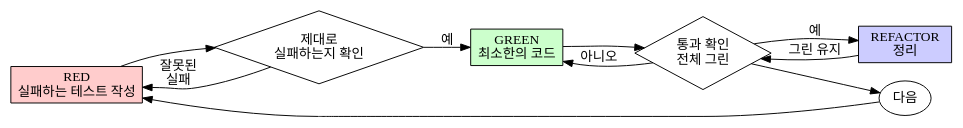
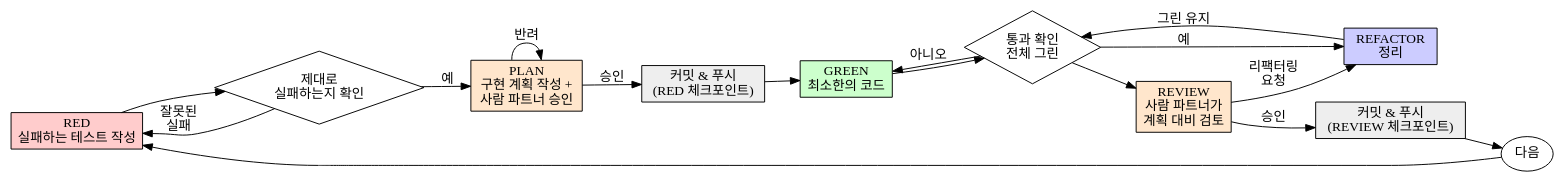
Before and after one commit to soyeongk/bowling-13050345: the diagram in .claude/skills/tdd-skill/SKILL.md, drawn with Graphviz. The commit also changed other lines of this file, not shown here.

First line of the commit message:
Add RED-PLAN-GREEN-REVIEW checkpoint workflow to tdd-skill

````diff
--- a/.claude/skills/tdd-skill/SKILL.md
+++ b/.claude/skills/tdd-skill/SKILL.md
@@ -50,21 +63,31 @@
 ```dot
 digraph tdd_cycle {
     rankdir=LR;
     red [label="RED\n실패하는 테스트 작성", shape=box, style=filled, fillcolor="#ffcccc"];
     verify_red [label="제대로\n실패하는지 확인", shape=diamond];
+    plan [label="PLAN\n구현 계획 작성 +\n사람 파트너 승인", shape=box, style=filled, fillcolor="#ffe6cc"];
+    commit_red [label="커밋 & 푸시\n(RED 체크포인트)", shape=box, style=filled, fillcolor="#eeeeee"];
     green [label="GREEN\n최소한의 코드", shape=box, style=filled, fillcolor="#ccffcc"];
     verify_green [label="통과 확인\n전체 그린", shape=diamond];
     refactor [label="REFACTOR\n정리", shape=box, style=filled, fillcolor="#ccccff"];
+    review [label="REVIEW\n사람 파트너가\n계획 대비 검토", shape=box, style=filled, fillcolor="#ffe6cc"];
+    commit_review [label="커밋 & 푸시\n(REVIEW 체크포인트)", shape=box, style=filled, fillcolor="#eeeeee"];
     next [label="다음", shape=ellipse];
 
     red -> verify_red;
-    verify_red -> green [label="예"];
+    verify_red -> plan [label="예"];
     verify_red -> red [label="잘못된\n실패"];
+    plan -> commit_red [label="승인"];
+    plan -> plan [label="반려"];
+    commit_red -> green;
     green -> verify_green;
     verify_green -> refactor [label="예"];
     verify_green -> green [label="아니오"];
     refactor -> verify_green [label="그린 유지"];
-    verify_green -> next;
+    verify_green -> review;
+    review -> commit_review [label="승인"];
+    review -> refactor [label="리팩터링\n요청"];
+    commit_review -> next;
     next -> red;
 }
 ```
````
